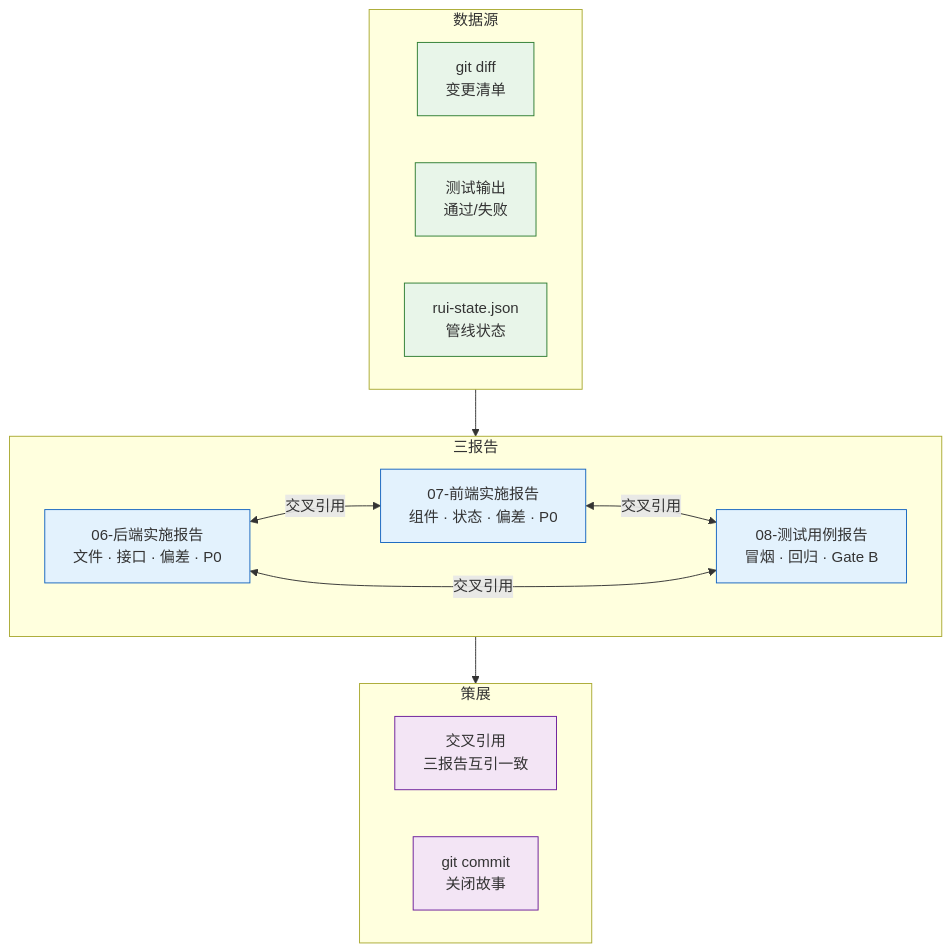
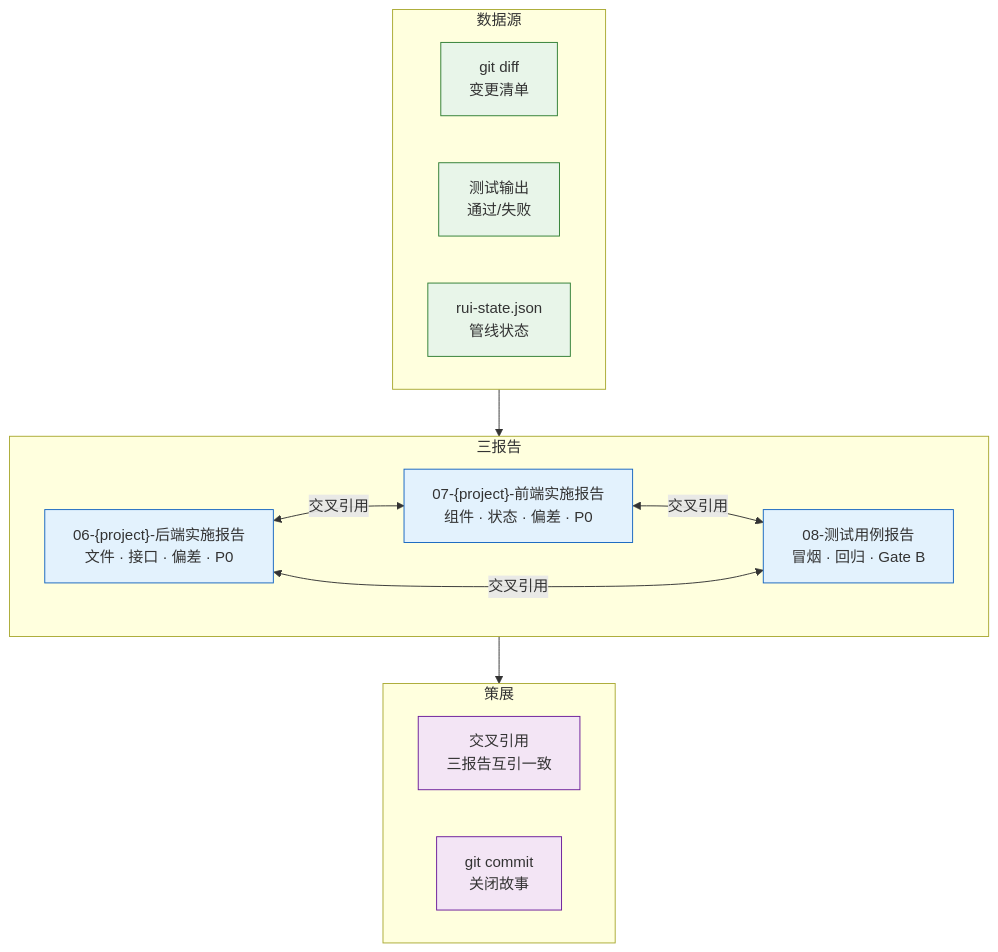
Before and after one commit to effiy/YrY: the first of 5 diagrams in agents/reporter.md, drawn with Mermaid. The commit also changed 9 other files, not shown here.

````diff
--- a/agents/reporter.md
+++ b/agents/reporter.md
@@ -13,29 +13,29 @@
 ```mermaid
 flowchart TB
     subgraph 输入["数据源"]
         DIFF["git diff<br/>变更清单"]:::src
         LOG["测试输出<br/>通过/失败"]:::src
         STATE["rui-state.json<br/>管线状态"]:::src
     end
 
     subgraph 产出["三报告"]
-        B["06-后端实施报告<br/>文件 · 接口 · 偏差 · P0"]:::rpt
-        F["07-前端实施报告<br/>组件 · 状态 · 偏差 · P0"]:::rpt
+        B["06-{project}-后端实施报告<br/>文件 · 接口 · 偏差 · P0"]:::rpt
+        F["07-{project}-前端实施报告<br/>组件 · 状态 · 偏差 · P0"]:::rpt
         T["08-测试用例报告<br/>冒烟 · 回归 · Gate B"]:::rpt
     end
 
     subgraph 策展["策展"]
         CC["交叉引用<br/>三报告互引一致"]:::curate
         CM["git commit<br/>关闭故事"]:::curate
     end
 
     输入 --> 产出
     B <-->|交叉引用| F
     F <-->|交叉引用| T
     B <-->|交叉引用| T
     产出 --> 策展
 
     classDef src fill:#e8f5e9,stroke:#2e7d32;
     classDef rpt fill:#e3f2fd,stroke:#1565c0;
     classDef curate fill:#f3e5f5,stroke:#6a1b9a;
 ```
````
